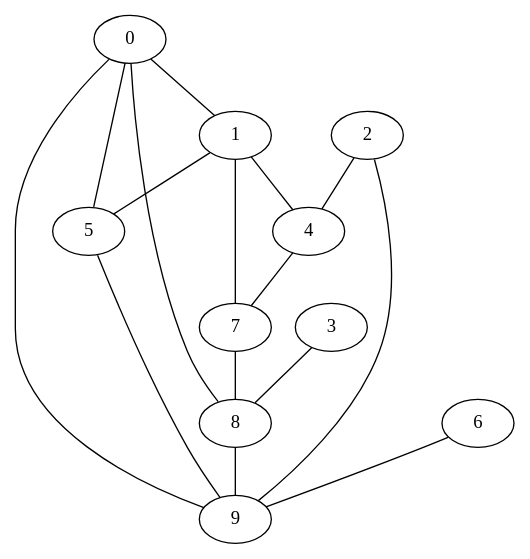
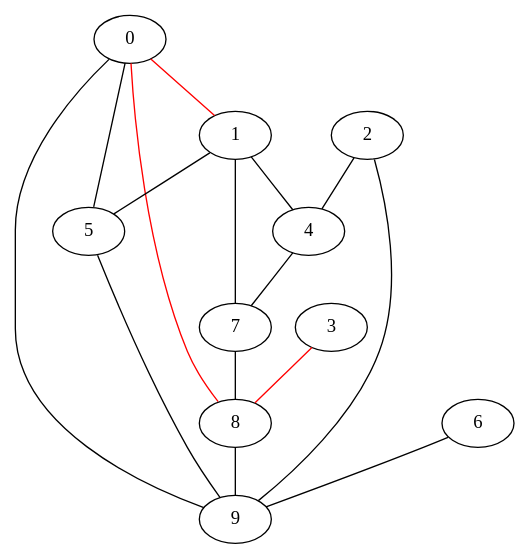
One commit to amitkvikram/CS2100 changed the diagram in week4/one.dot. Above: the diagram before and after it, drawn with Graphviz. The commit also changed 53 other files, not shown here.

```diff
--- a/week4/one.dot
+++ b/week4/one.dot
@@ -1,18 +1,18 @@
 graph one{
-	0 -- 1;
+	0 -- 1[color=red];
 	0 -- 5;
-	0 -- 8;
+	0 -- 8[color=red];
 	0 -- 9;
 	1 -- 4;
 	1 -- 5;
 	1 -- 7;
 	2 -- 4;
 	2 -- 9;
-	3 -- 8;
+	3 -- 8[color=red];
 	4 -- 7;
 	5 -- 9;
 	6 -- 9;
 	7 -- 8;
 	8 -- 9;
 	9
 }
```
